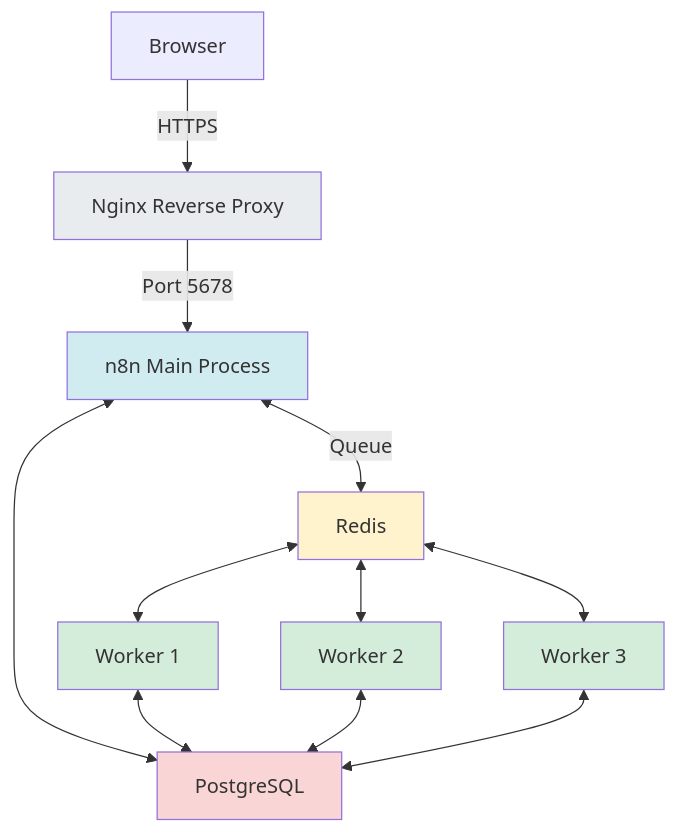
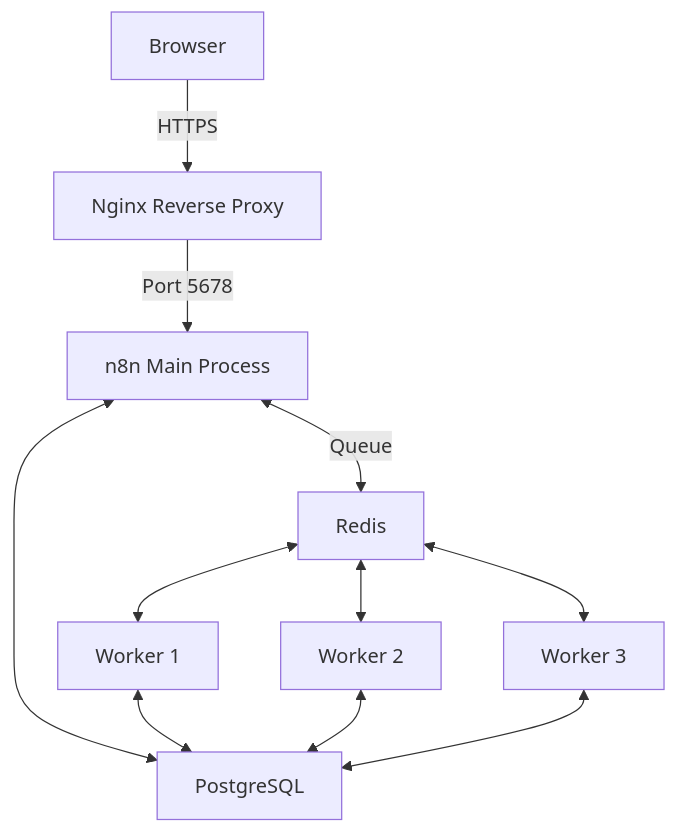
Before and after one commit to wtoloza-dev/ZTH-n8n-Engineer: the ninth of 11 diagrams in lessons/01-foundations/theory/04-architecture.md, drawn with Mermaid. The commit also changed other lines of this file and 31 other files, not shown here.

````diff
--- a/lessons/01-foundations/theory/04-architecture.md
+++ b/lessons/01-foundations/theory/04-architecture.md
@@ -242,21 +221,14 @@
 ```mermaid
 graph TD
     A[Browser] -->|HTTPS| B[Nginx Reverse Proxy]
     B -->|Port 5678| C[n8n Main Process]
     C <-->|Queue| D[Redis]
     D <--> E[Worker 1]
     D <--> F[Worker 2]
     D <--> G[Worker 3]
     C <--> H[PostgreSQL]
     E <--> H
     F <--> H
     G <--> H
     
-    style B fill:#e9ecef
-    style C fill:#d1ecf1
-    style D fill:#fff3cd
-    style E fill:#d4edda
-    style F fill:#d4edda
-    style G fill:#d4edda
-    style H fill:#f9d6d5
 ```
````
